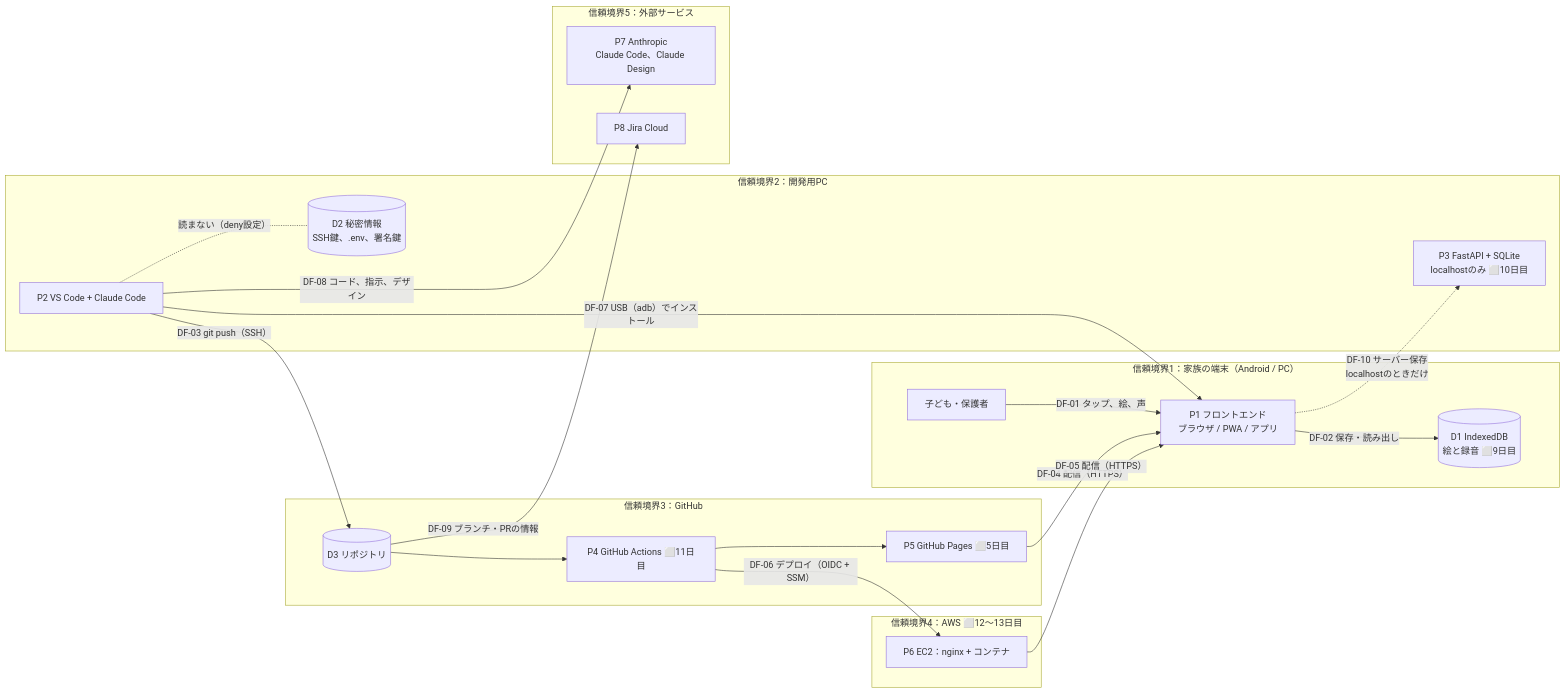
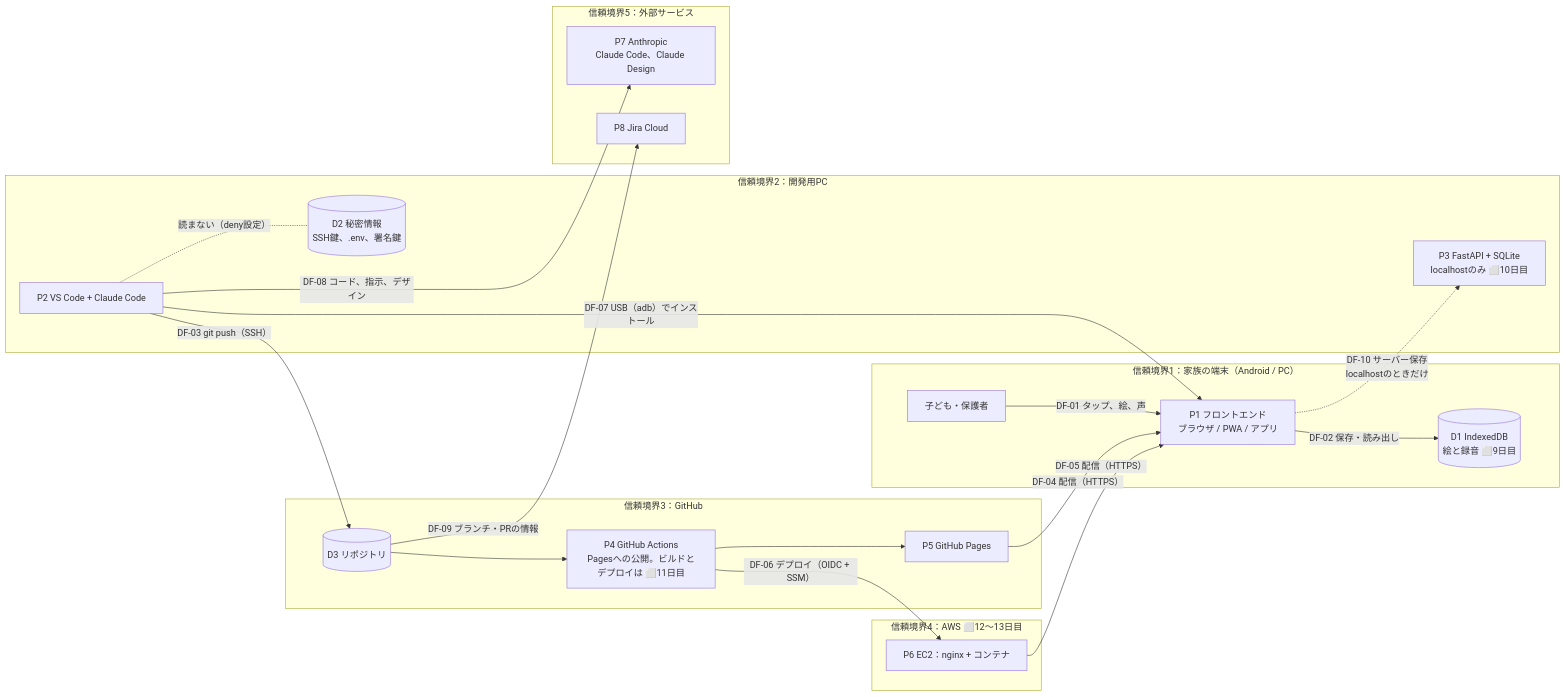
Before and after one commit to Hayato-F110/kids-play: the diagram in docs/security/threat-model.md, drawn with Mermaid. The commit also changed other lines of this file and 1 other file, not shown here.

````diff
--- a/docs/security/threat-model.md
+++ b/docs/security/threat-model.md
@@ -23,42 +23,42 @@
 ```mermaid
 flowchart LR
     subgraph TB1["信頼境界1：家族の端末（Android / PC）"]
         child["子ども・保護者"]
         ui["P1 フロントエンド<br>ブラウザ / PWA / アプリ"]
         idb[("D1 IndexedDB<br>絵と録音 ⬜9日目")]
         child -- "DF-01 タップ、絵、声" --> ui
         ui -- "DF-02 保存・読み出し" --> idb
     end
 
     subgraph TB2["信頼境界2：開発用PC"]
         dev["P2 VS Code + Claude Code"]
         secrets[("D2 秘密情報<br>SSH鍵、.env、署名鍵")]
         localapi["P3 FastAPI + SQLite<br>localhostのみ ⬜10日目"]
         dev -. "読まない（deny設定）" .- secrets
     end
 
     subgraph TB3["信頼境界3：GitHub"]
         repo[("D3 リポジトリ")]
-        actions["P4 GitHub Actions ⬜11日目"]
-        pages["P5 GitHub Pages ⬜5日目"]
+        actions["P4 GitHub Actions<br>Pagesへの公開。ビルドとデプロイは ⬜11日目"]
+        pages["P5 GitHub Pages"]
         repo --> actions --> pages
     end
 
     subgraph TB4["信頼境界4：AWS ⬜12〜13日目"]
         ec2["P6 EC2：nginx + コンテナ"]
     end
 
     subgraph TB5["信頼境界5：外部サービス"]
         claude["P7 Anthropic<br>Claude Code、Claude Design"]
         jira["P8 Jira Cloud"]
     end
 
     dev -- "DF-03 git push（SSH）" --> repo
     pages -- "DF-04 配信（HTTPS）" --> ui
     ec2 -- "DF-05 配信（HTTPS）" --> ui
     actions -- "DF-06 デプロイ（OIDC + SSM）" --> ec2
     dev -- "DF-07 USB（adb）でインストール" --> ui
     dev -- "DF-08 コード、指示、デザイン" --> claude
     repo -- "DF-09 ブランチ・PRの情報" --> jira
     ui -. "DF-10 サーバー保存<br>localhostのときだけ" .-> localapi
 ```
````
